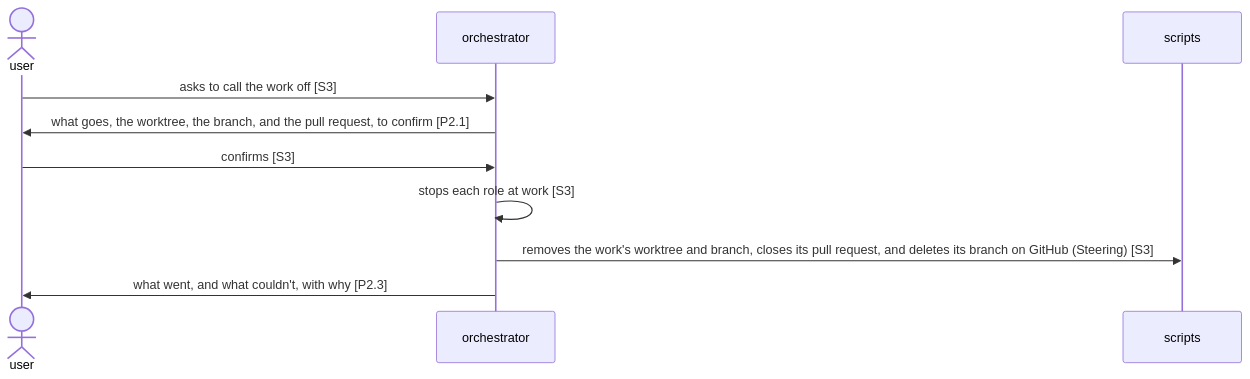
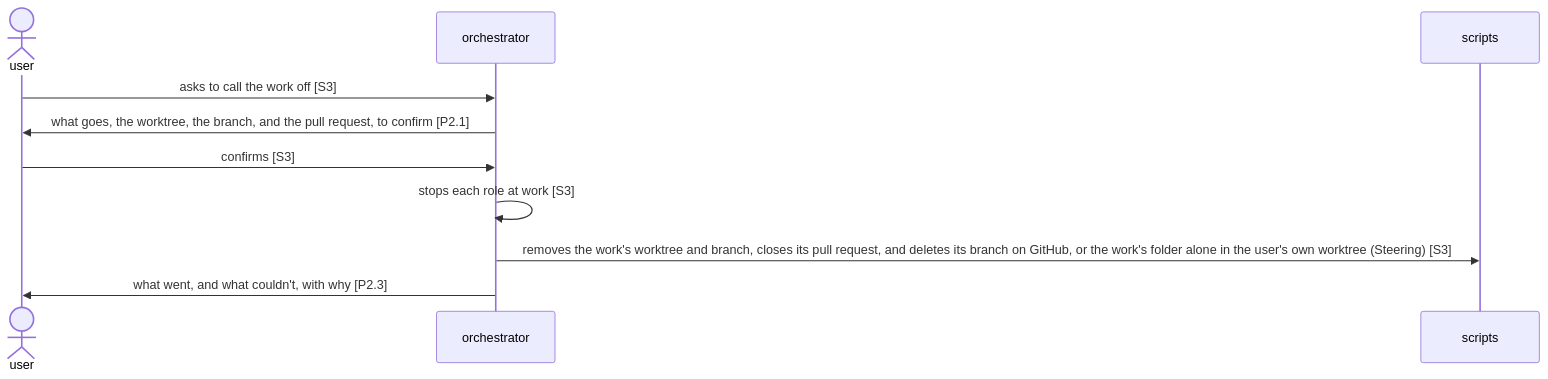
The third of 3 diagrams in dev/rn/architecture.md (lovaizu/ccpm), drawn with Mermaid before and after one commit. The commit also changed other lines of this file and 18 other files, not shown here.

First line of the commit message:
rn: a role's end moves on only its own work, and a cancel keeps the user's own worktree

````diff
--- a/dev/rn/architecture.md
+++ b/dev/rn/architecture.md
@@ -370,12 +371,12 @@
 ```mermaid
 sequenceDiagram
   actor U as user
   participant O as orchestrator
   participant S as scripts
   U->>O: asks to call the work off [S3]
   O->>U: what goes, the worktree, the branch, and the pull request, to confirm [P2.1]
   U->>O: confirms [S3]
   O->>O: stops each role at work [S3]
-  O->>S: removes the work's worktree and branch, closes its pull request, and deletes its branch on GitHub (Steering) [S3]
+  O->>S: removes the work's worktree and branch, closes its pull request, and deletes its branch on GitHub, or the work's folder alone in the user's own worktree (Steering) [S3]
   O->>U: what went, and what couldn't, with why [P2.3]
 ```
````
